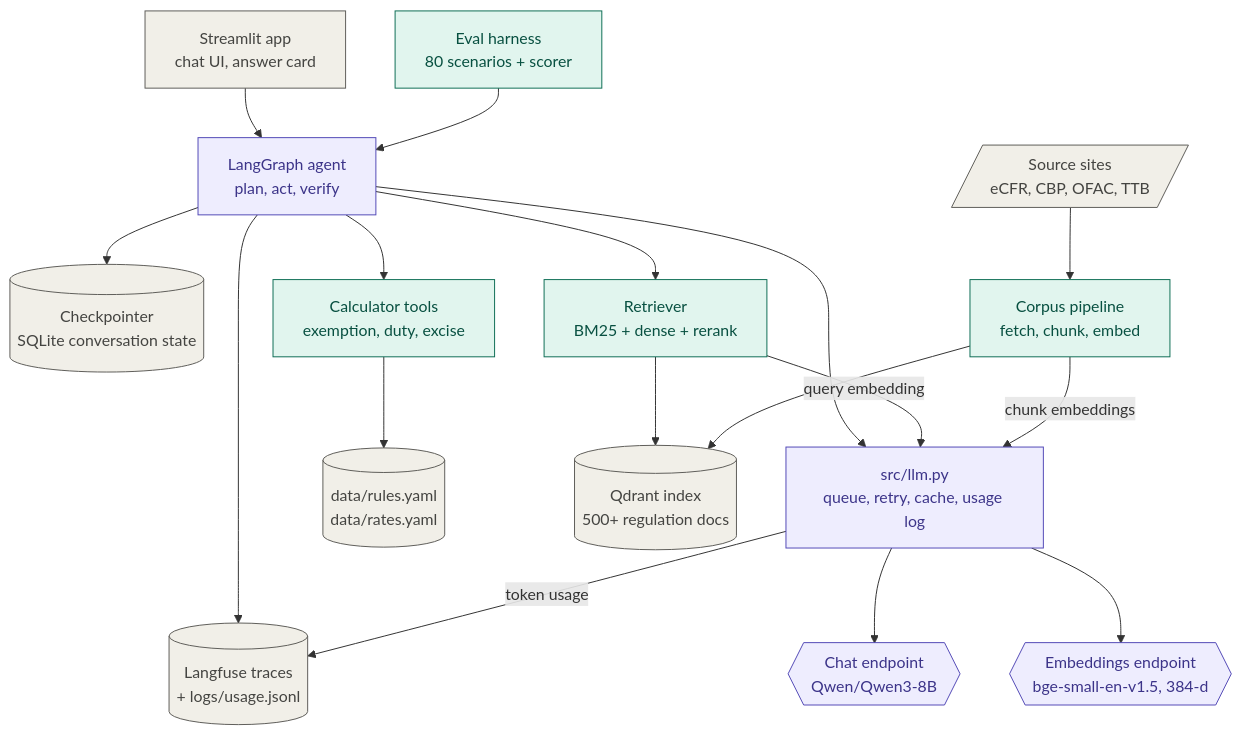
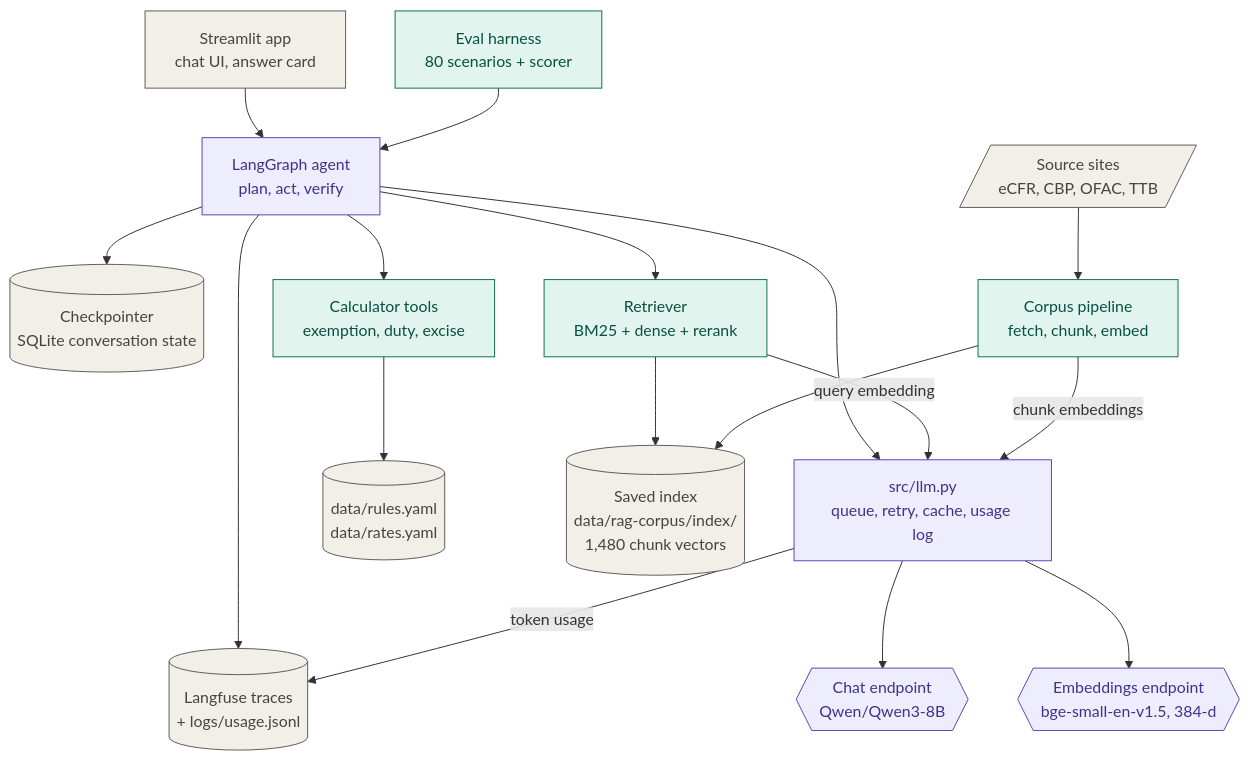
One commit to swateek/upgrad-capstone changed the first of 2 diagrams in customs-agent/docs/ARCHITECTURE.md. Above: the diagram before and after it, drawn with Mermaid. The commit also changed other lines of this file and 11 other files, not shown here.

Commit message:
search_regulations: fetch by citation id + hybrid/bge search; saved index; Cuban rule cites OFAC FAQ 720

````diff
--- a/customs-agent/docs/ARCHITECTURE.md
+++ b/customs-agent/docs/ARCHITECTURE.md
@@ -9,38 +9,38 @@
 ```mermaid
 flowchart TB
     UI["Streamlit app<br/>chat UI, answer card"]
     EVAL["Eval harness<br/>80 scenarios + scorer"]
     AGENT["LangGraph agent<br/>plan, act, verify"]
     CKPT[("Checkpointer<br/>SQLite conversation state")]
     TRACE[("Langfuse traces<br/>+ logs/usage.jsonl")]
     CALC["Calculator tools<br/>exemption, duty, excise"]
     RET["Retriever<br/>BM25 + dense + rerank"]
     LLM["src/llm.py<br/>queue, retry, cache, usage log"]
     RULES[("data/rules.yaml<br/>data/rates.yaml")]
-    QD[("Qdrant index<br/>500+ regulation docs")]
+    QD[("Saved index<br/>data/rag-corpus/index/<br/>1,480 chunk vectors")]
     CHAT{{"Chat endpoint<br/>Qwen/Qwen3-8B"}}
     EMB{{"Embeddings endpoint<br/>bge-small-en-v1.5, 384-d"}}
     SRC[/"Source sites<br/>eCFR, CBP, OFAC, TTB"/]
     CORPUS["Corpus pipeline<br/>fetch, chunk, embed"]
 
     UI --> AGENT
     EVAL --> AGENT
     AGENT --> CKPT
     AGENT --> TRACE
     AGENT --> CALC --> RULES
     AGENT --> RET --> QD
     AGENT --> LLM
     RET -->|query embedding| LLM
     LLM --> CHAT
     LLM --> EMB
     LLM -->|token usage| TRACE
     SRC --> CORPUS --> QD
     CORPUS -->|chunk embeddings| LLM
 
     classDef llm fill:#EEEDFE,stroke:#534AB7,color:#3C3489
     classDef code fill:#E1F5EE,stroke:#0F6E56,color:#085041
     classDef data fill:#F1EFE8,stroke:#5F5E5A,color:#444441
     class AGENT,LLM,CHAT,EMB llm
     class EVAL,CALC,RET,CORPUS code
     class UI,CKPT,TRACE,RULES,QD,SRC data
 ```
````
